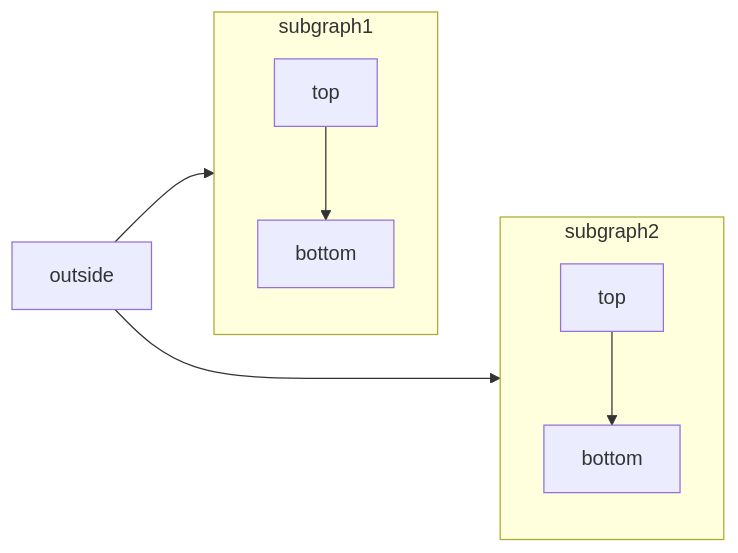
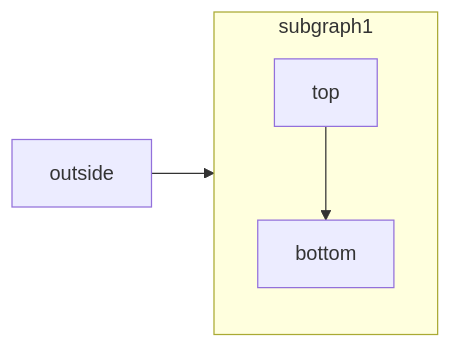
The diagram in content/components/mermaid-diagrams.mdx (mintlify/docs), drawn with Mermaid before and after one commit. The commit also changed other lines of this file and 56 other files, not shown here.

````diff
--- a/content/components/mermaid-diagrams.mdx
+++ b/content/components/mermaid-diagrams.mdx
@@ -34,18 +24,8 @@
 ```mermaid
   flowchart LR
     subgraph subgraph1
         direction TB
         top1[top] --> bottom1[bottom]
     end
-    subgraph subgraph2
-        direction TB
-        top2[top] --> bottom2[bottom]
-    end
-    %% ^ These subgraphs are identical, except for the links to them:
-
-    %% Link *to* subgraph1: subgraph1 direction is maintained
     outside --> subgraph1
-    %% Link *within* subgraph2:
-    %% subgraph2 inherits the direction of the top-level graph (LR)
-    outside ---> top2
 ```
````
